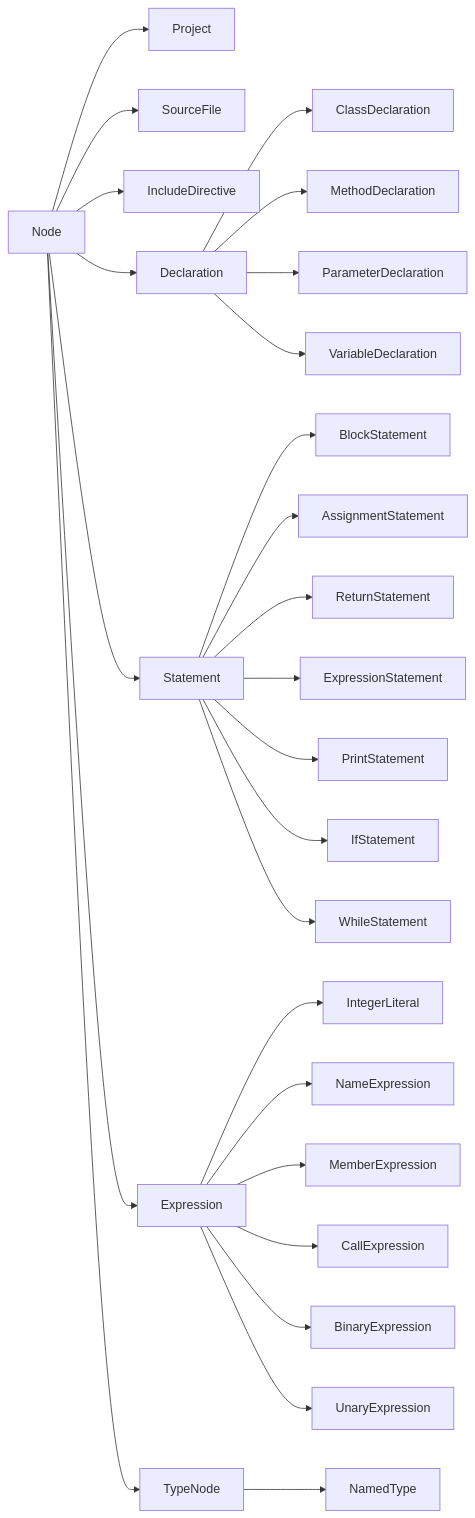
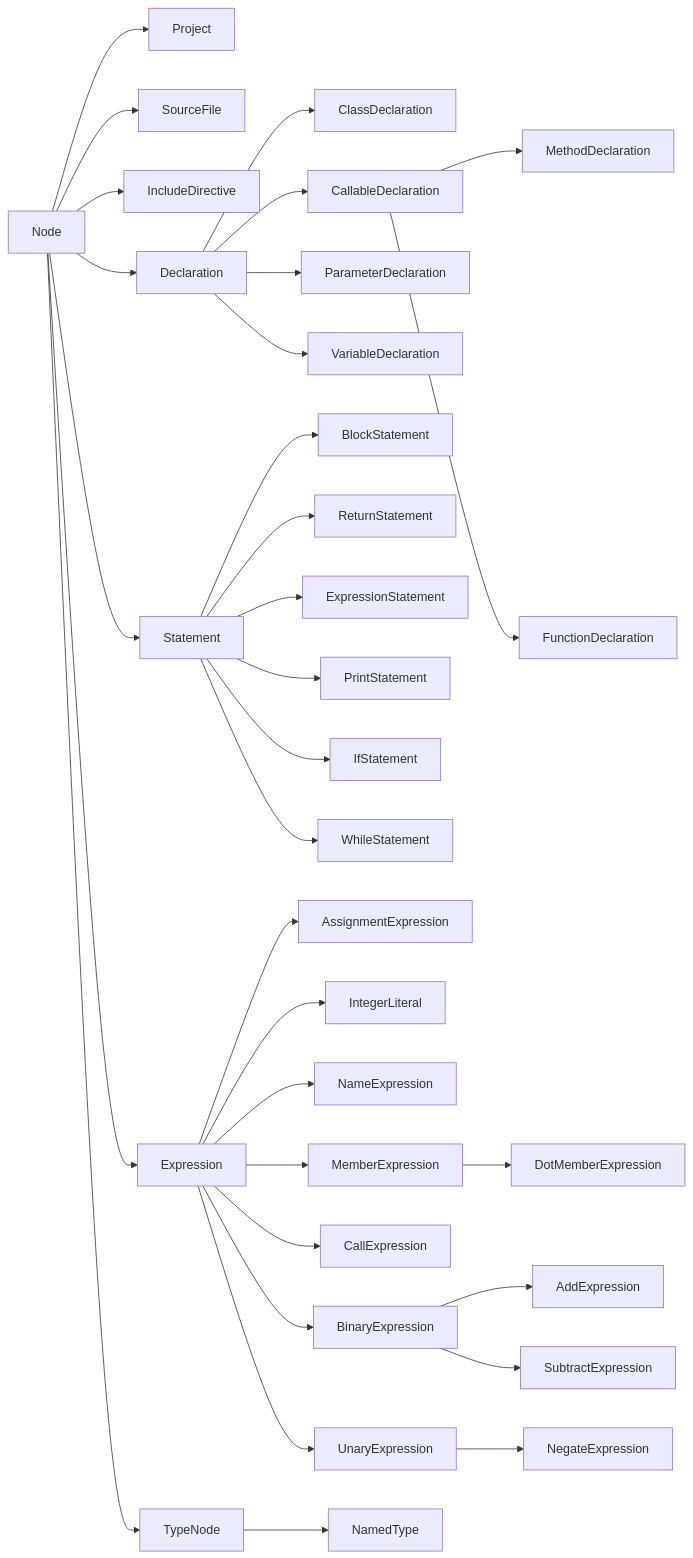
One commit to kniazkov/code-property-graph changed the diagram in docs/node-hierarchy.ru.md. Above: the diagram before and after it, drawn with Mermaid. The commit also changed other lines of this file and 58 other files, not shown here.

Commit message:
Model operations as expressions and add typed visitation and Graphviz export

````diff
--- a/docs/node-hierarchy.ru.md
+++ b/docs/node-hierarchy.ru.md
@@ -18,28 +18,34 @@
 ```mermaid
 flowchart LR
     N[Node] --> P[Project]
     N --> F[SourceFile]
     N --> I[IncludeDirective]
     N --> D[Declaration]
     N --> S[Statement]
     N --> E[Expression]
     N --> T[TypeNode]
     D --> DC[ClassDeclaration]
-    D --> DM[MethodDeclaration]
+    D --> CD[CallableDeclaration]
+    CD --> DM[MethodDeclaration]
+    CD --> DF[FunctionDeclaration]
     D --> DP[ParameterDeclaration]
     D --> DV[VariableDeclaration]
     S --> SB[BlockStatement]
-    S --> SA[AssignmentStatement]
+    E --> EA[AssignmentExpression]
     S --> SR[ReturnStatement]
     S --> SE[ExpressionStatement]
     S --> SP[PrintStatement]
     S --> SI[IfStatement]
     S --> SW[WhileStatement]
     E --> EL[IntegerLiteral]
     E --> EN[NameExpression]
     E --> EM[MemberExpression]
     E --> EC[CallExpression]
     E --> EB[BinaryExpression]
     E --> EU[UnaryExpression]
+    EB --> ADD[AddExpression]
+    EB --> SUB[SubtractExpression]
+    EU --> NEG[NegateExpression]
+    EM --> DOT[DotMemberExpression]
     T --> TN[NamedType]
 ```
````
